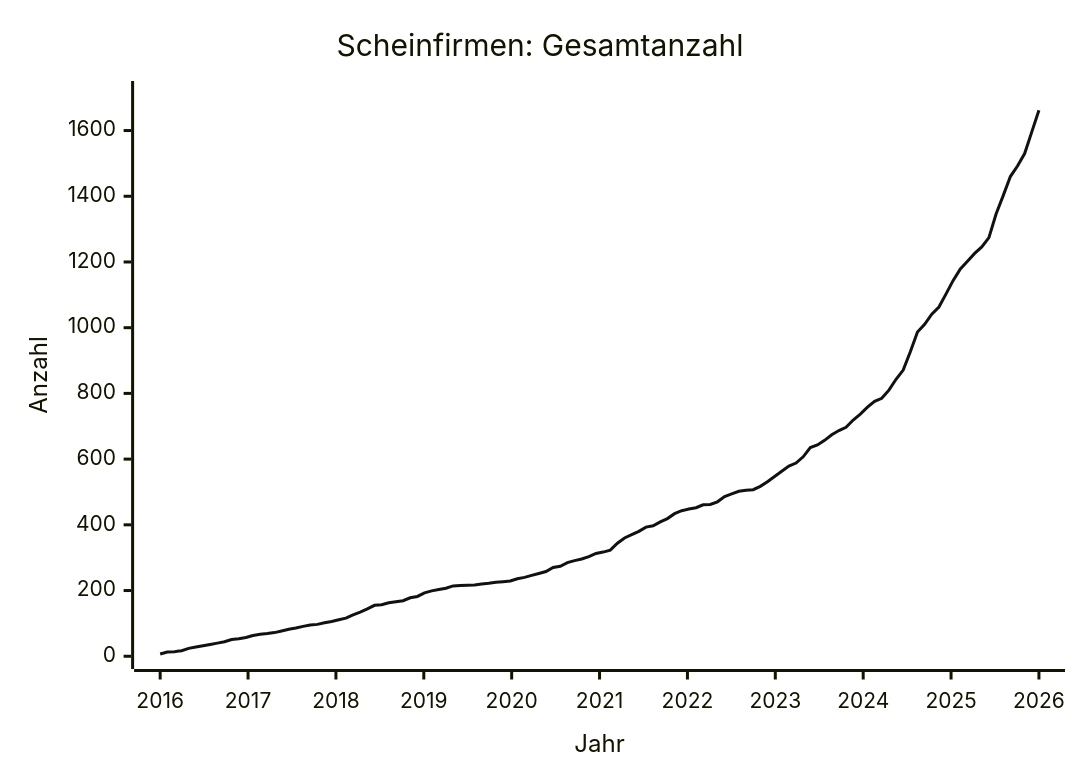
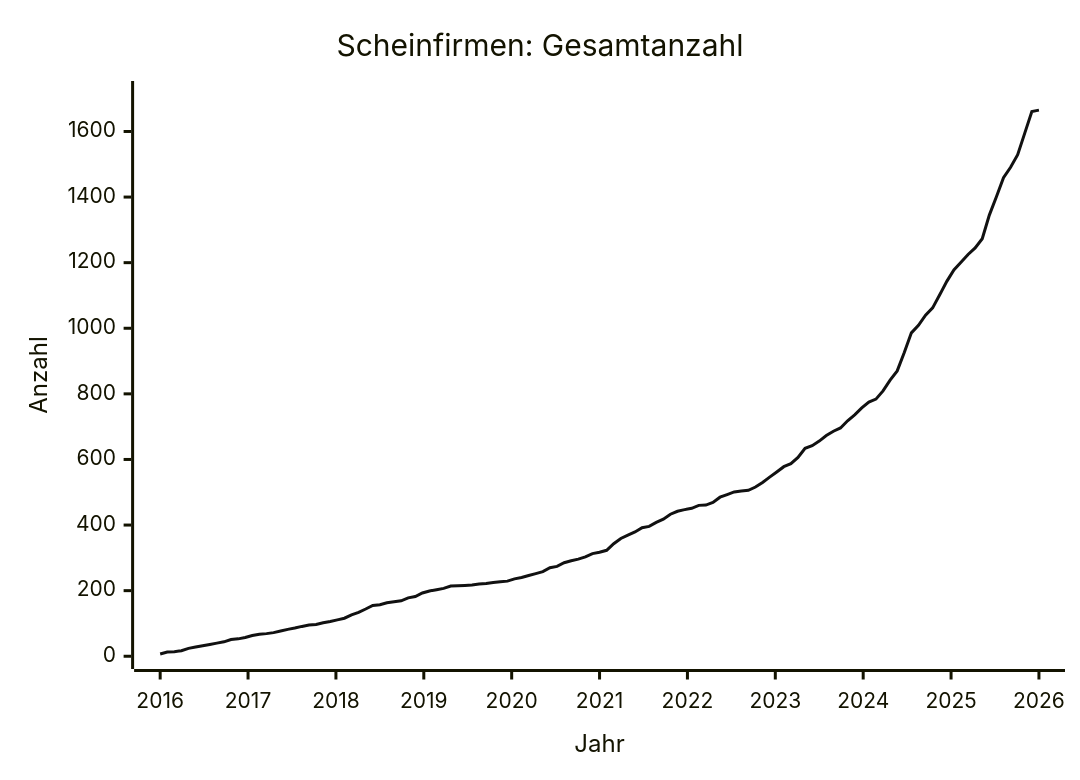
Before and after one commit to arjoma/scheinfirmen-at: the diagram in data/STATS.md, drawn with Mermaid. The commit also changed other lines of this file and 3 other files, not shown here.

````diff
--- a/data/STATS.md
+++ b/data/STATS.md
@@ -9,13 +9,13 @@
 ```mermaid
 ---
 config:
   themeVariables:
     xyChart:
       plotColorPalette: "#111111"
 ---
 xychart-beta
     title "Scheinfirmen: Gesamtanzahl"
     x-axis "Jahr" 2016 --> 2026
-    y-axis "Anzahl" 0 --> 1712
-    line [7, 13, 14, 17, 24, 28, 32, 36, 40, 44, 51, 53, 57, 63, 67, 69, 72, 77, 82, 86, 91, 95, 97, 102, 106, 111, 116, 126, 134, 144, 155, 157, 163, 166, 169, 178, 182, 193, 199, 203, 207, 214, 215, 216, 217, 220, 222, 225, 227, 229, 236, 240, 246, 252, 258, 270, 274, 285, 291, 296, 303, 313, 317, 323, 344, 360, 370, 380, 393, 397, 409, 419, 434, 443, 448, 452, 461, 462, 470, 486, 494, 502, 505, 507, 517, 531, 547, 563, 579, 588, 607, 635, 643, 657, 674, 687, 697, 719, 737, 758, 776, 785, 810, 843, 871, 927, 987, 1010, 1041, 1063, 1103, 1144, 1179, 1202, 1226, 1246, 1274, 1346, 1402, 1460, 1492, 1530, 1596, 1662]
+    y-axis "Anzahl" 0 --> 1715
+    line [7, 13, 14, 17, 24, 28, 32, 36, 40, 44, 51, 53, 57, 63, 67, 69, 72, 77, 82, 86, 91, 95, 97, 102, 106, 111, 116, 126, 134, 144, 155, 157, 163, 166, 169, 178, 182, 193, 199, 203, 207, 214, 215, 216, 217, 220, 222, 225, 227, 229, 236, 240, 246, 252, 258, 270, 274, 285, 291, 296, 303, 313, 317, 323, 343, 359, 369, 379, 392, 396, 408, 418, 433, 442, 447, 451, 460, 461, 469, 485, 493, 501, 504, 506, 516, 530, 546, 562, 578, 587, 606, 634, 642, 656, 673, 686, 696, 718, 736, 757, 775, 784, 809, 842, 870, 926, 986, 1009, 1040, 1062, 1102, 1143, 1178, 1201, 1225, 1245, 1273, 1345, 1401, 1459, 1491, 1529, 1595, 1661, 1665]
 ```
````
